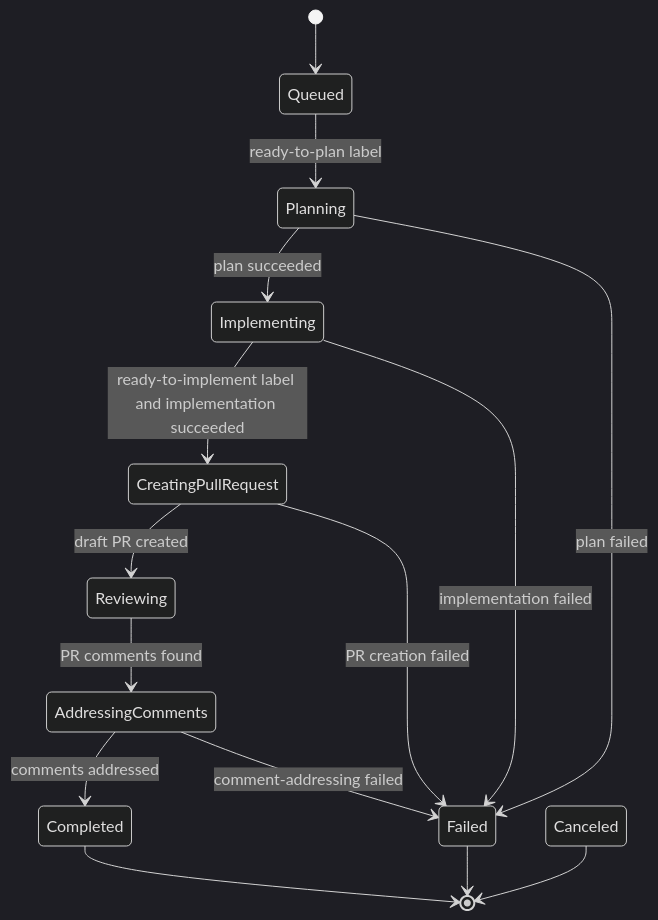
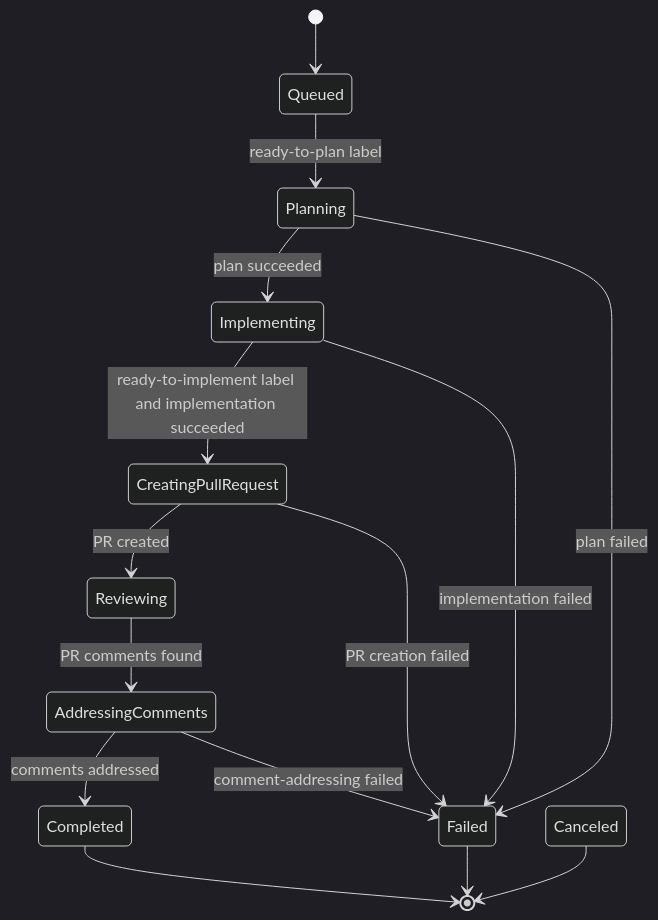
Before and after one commit to anhaehne/hhnl.Formicae: the diagram in docs/mvp-workflow.md, drawn with Mermaid (dark theme). The commit also changed other lines of this file and 12 other files, not shown here.

````diff
--- a/docs/mvp-workflow.md
+++ b/docs/mvp-workflow.md
@@ -18,17 +18,17 @@
 ```mermaid
 stateDiagram-v2
     [*] --> Queued
     Queued --> Planning: ready-to-plan label
     Planning --> Implementing: plan succeeded
     Planning --> Failed: plan failed
     Implementing --> CreatingPullRequest: ready-to-implement label and implementation succeeded
     Implementing --> Failed: implementation failed
-    CreatingPullRequest --> Reviewing: draft PR created
+    CreatingPullRequest --> Reviewing: PR created
     CreatingPullRequest --> Failed: PR creation failed
     Reviewing --> AddressingComments: PR comments found
     AddressingComments --> Completed: comments addressed
     AddressingComments --> Failed: comment-addressing failed
     Completed --> [*]
     Failed --> [*]
     Canceled --> [*]
 ```
````
